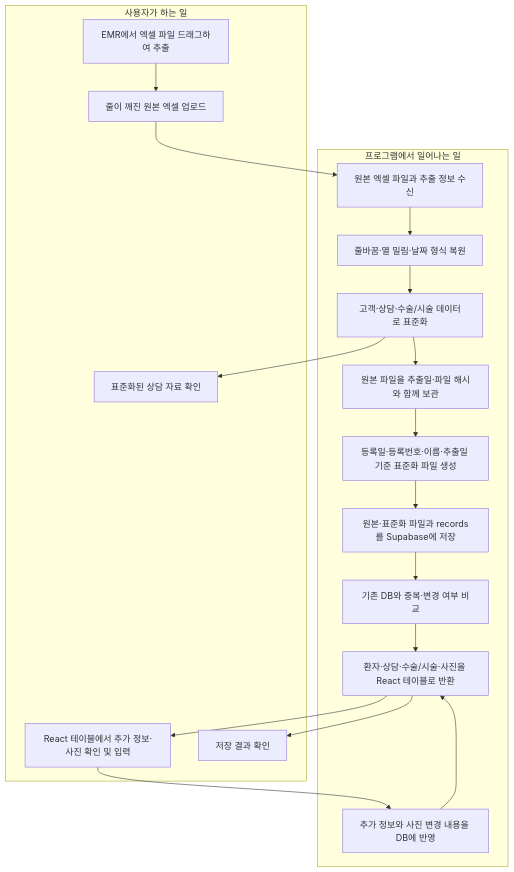
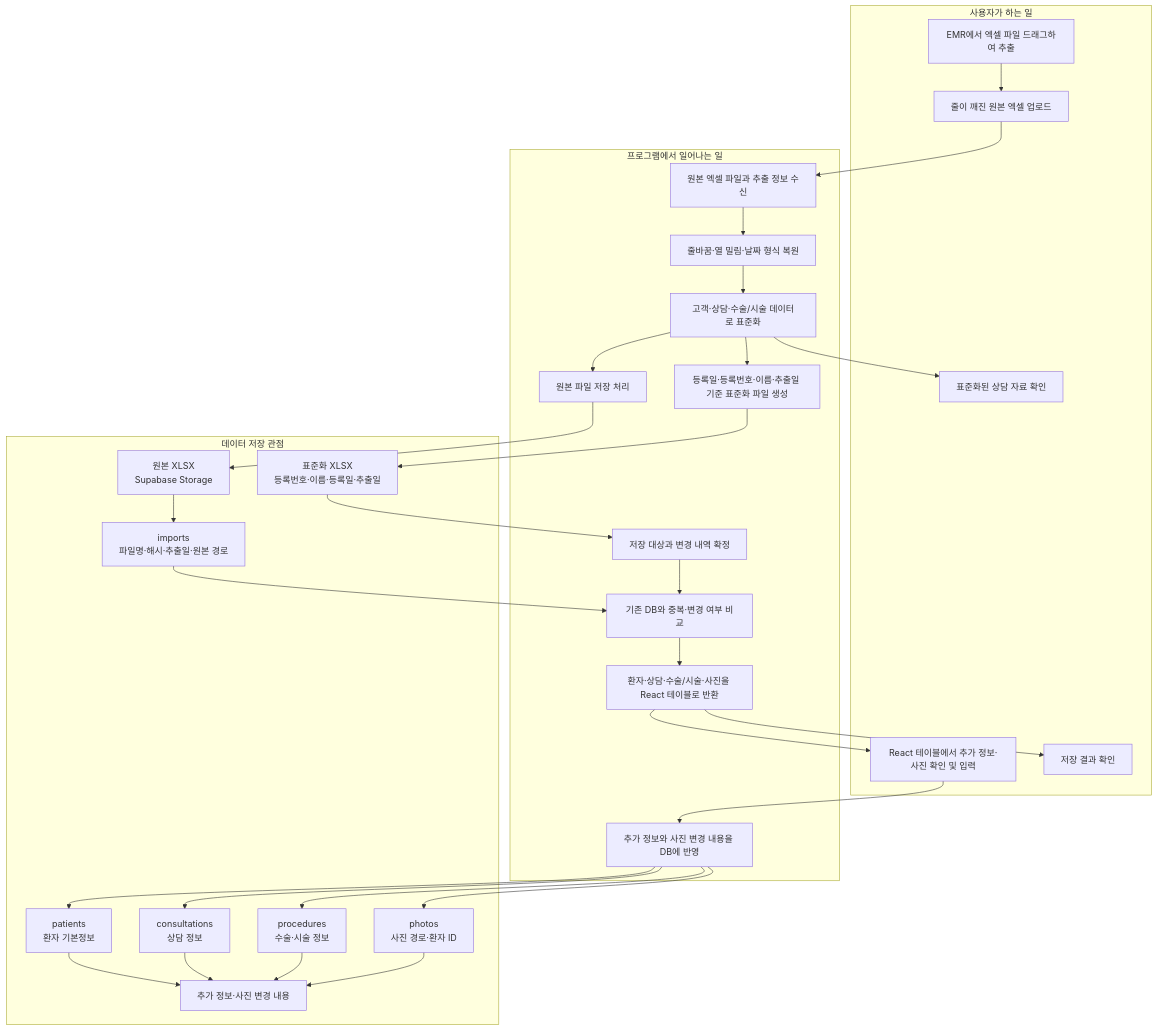
The first of 3 diagrams in docs/README.md (wnghgpt/z_consult), drawn with Mermaid before and after one commit.

Commit message:
docs: add data storage perspective to workflow

````diff
--- a/docs/README.md
+++ b/docs/README.md
@@ -9,27 +9,48 @@
 ```mermaid
 flowchart TB
     subgraph USER[사용자가 하는 일]
         U1[EMR에서 엑셀 파일 드래그하여 추출]
         U2[줄이 깨진 원본 엑셀 업로드]
         U3[표준화된 상담 자료 확인]
         U4[React 테이블에서 추가 정보·사진 확인 및 입력]
         U5[저장 결과 확인]
     end
 
     subgraph SYSTEM[프로그램에서 일어나는 일]
         S1[원본 엑셀 파일과 추출 정보 수신]
         S2[줄바꿈·열 밀림·날짜 형식 복원]
         S3[고객·상담·수술/시술 데이터로 표준화]
-        S4[원본 파일을 추출일·파일 해시와 함께 보관]
+        S4[원본 파일 저장 처리]
         S5[등록일·등록번호·이름·추출일 기준 표준화 파일 생성]
-        S6[원본·표준화 파일과 records를 Supabase에 저장]
+        S6[저장 대상과 변경 내역 확정]
         S7[기존 DB와 중복·변경 여부 비교]
         S8[환자·상담·수술/시술·사진을 React 테이블로 반환]
         S9[추가 정보와 사진 변경 내용을 DB에 반영]
     end
 
+    subgraph STORAGE[데이터 저장 관점]
+        D1[원본 XLSX<br/>Supabase Storage]
+        D2[imports<br/>파일명·해시·추출일·원본 경로]
+        D3[표준화 XLSX<br/>등록번호·이름·등록일·추출일]
+        D4[patients<br/>환자 기본정보]
+        D5[consultations<br/>상담 정보]
+        D6[procedures<br/>수술·시술 정보]
+        D7[photos<br/>사진 경로·환자 ID]
+        D8[추가 정보·사진 변경 내용]
+    end
+
     U1 --> U2 --> S1 --> S2 --> S3 --> U3
-    S3 --> S4 --> S5 --> S6 --> S7 --> S8 --> U4
-    U4 --> S9 --> S8
+    S3 --> S4 --> D1 --> D2
+    S3 --> S5 --> D3 --> S6
+    D2 --> S7
+    S6 --> S7 --> S8 --> U4
+    U4 --> S9 --> D4
+    S9 --> D5
+    S9 --> D6
+    S9 --> D7
+    D4 --> D8
+    D5 --> D8
+    D6 --> D8
+    D7 --> D8
     S8 --> U5
 ```
````
